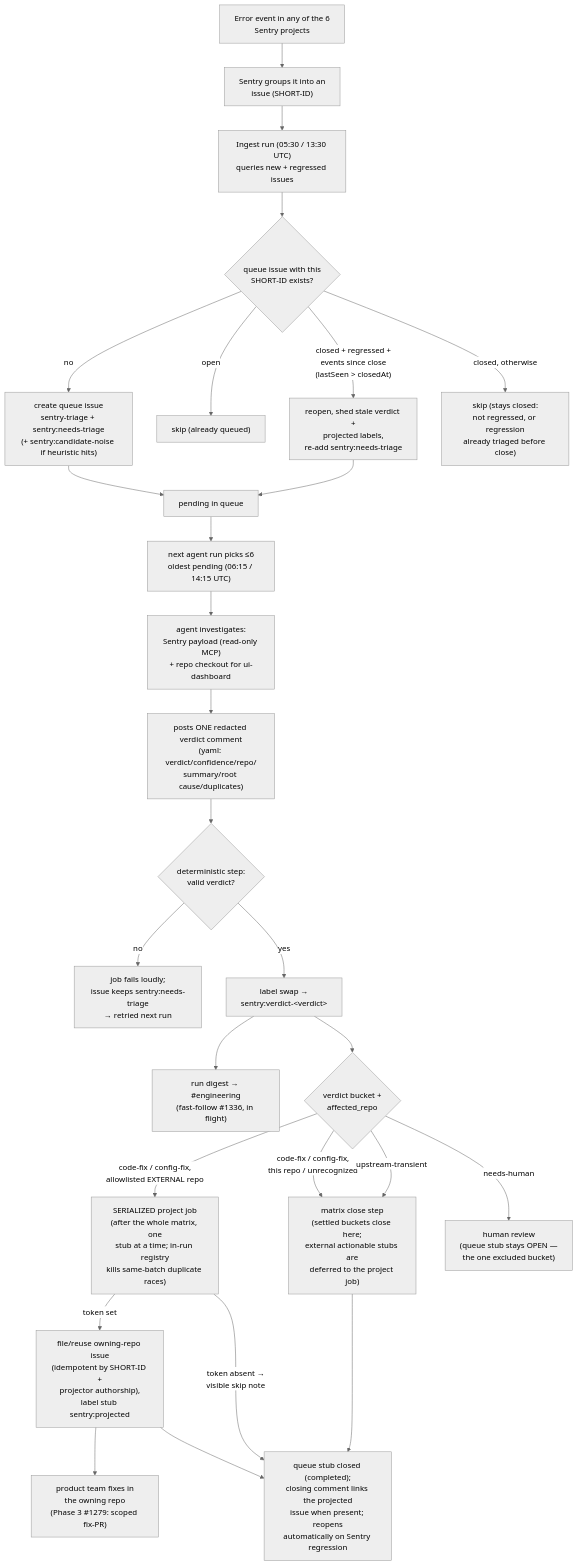
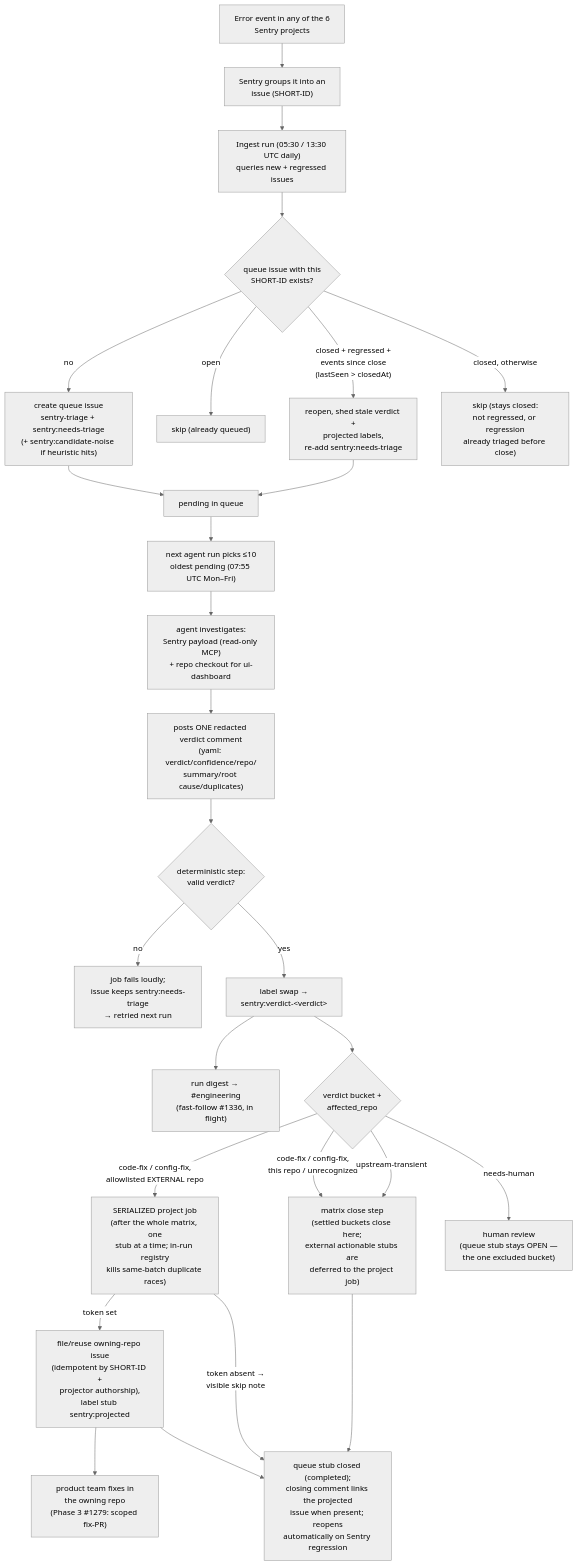
One commit to mento-protocol/monitoring-monorepo changed the second of 2 diagrams in docs/notes/sentry-triage-pipeline.md. Above: the diagram before and after it, drawn with Mermaid (neutral theme). The commit also changed other lines of this file and 5 other files, not shown here.

````diff
--- a/docs/notes/sentry-triage-pipeline.md
+++ b/docs/notes/sentry-triage-pipeline.md
@@ -99,29 +101,29 @@
 ```mermaid
 flowchart TD
     EV["Error event in any of the 6<br/>Sentry projects"] --> GRP["Sentry groups it into an<br/>issue (SHORT-ID)"]
-    GRP --> POLL["Ingest run (05:30 / 13:30 UTC)<br/>queries new + regressed issues"]
+    GRP --> POLL["Ingest run (05:30 / 13:30 UTC daily)<br/>queries new + regressed issues"]
     POLL --> KNOWN{"queue issue with this<br/>SHORT-ID exists?"}
     KNOWN -- "no" --> CREATE["create queue issue<br/>sentry-triage + sentry:needs-triage<br/>(+ sentry:candidate-noise if heuristic hits)"]
     KNOWN -- "open" --> SKIP["skip (already queued)"]
     KNOWN -- "closed + regressed +<br/>events since close<br/>(lastSeen &gt; closedAt)" --> REOPEN["reopen, shed stale verdict +<br/>projected labels,<br/>re-add sentry:needs-triage"]
     KNOWN -- "closed, otherwise" --> STAY["skip (stays closed:<br/>not regressed, or regression<br/>already triaged before close)"]
     CREATE --> PEND["pending in queue"]
     REOPEN --> PEND
-    PEND --> BATCH["next agent run picks ≤6<br/>oldest pending (06:15 / 14:15 UTC)"]
+    PEND --> BATCH["next agent run picks ≤10<br/>oldest pending (07:55 UTC Mon–Fri)"]
     BATCH --> INV["agent investigates:<br/>Sentry payload (read-only MCP)<br/>+ repo checkout for ui-dashboard"]
     INV --> VC["posts ONE redacted verdict comment<br/>(yaml: verdict/confidence/repo/<br/>summary/root cause/duplicates)"]
     VC --> VALID{"deterministic step:<br/>valid verdict?"}
     VALID -- "no" --> FAIL["job fails loudly;<br/>issue keeps sentry:needs-triage<br/>→ retried next run"]
     VALID -- "yes" --> SWAP["label swap →<br/>sentry:verdict-&lt;verdict&gt;"]
     SWAP --> DIGEST["run digest → #engineering<br/>(fast-follow #1336, in flight)"]
     SWAP --> BUCKET{"verdict bucket +<br/>affected_repo"}
     BUCKET -- "code-fix / config-fix,<br/>allowlisted EXTERNAL repo" --> PROJ["SERIALIZED project job<br/>(after the whole matrix, one<br/>stub at a time; in-run registry<br/>kills same-batch duplicate races)"]
     PROJ -- "token set" --> FILE["file/reuse owning-repo issue<br/>(idempotent by SHORT-ID +<br/>projector authorship),<br/>label stub sentry:projected"]
     PROJ -- "token absent →<br/>visible skip note" --> CLOSED
     FILE --> OWNFIX["product team fixes in<br/>the owning repo<br/>(Phase 3 #1279: scoped fix-PR)"]
     FILE --> CLOSED
     BUCKET -- "code-fix / config-fix,<br/>this repo / unrecognized" --> CLOSESTEP
     BUCKET -- "upstream-transient" --> CLOSESTEP
     BUCKET -- "needs-human" --> REV["human review<br/>(queue stub stays OPEN —<br/>the one excluded bucket)"]
     CLOSESTEP["matrix close step<br/>(settled buckets close here;<br/>external actionable stubs are<br/>deferred to the project job)"] --> CLOSED["queue stub closed (completed);<br/>closing comment links the projected<br/>issue when present; reopens<br/>automatically on Sentry regression"]
 ```
````
